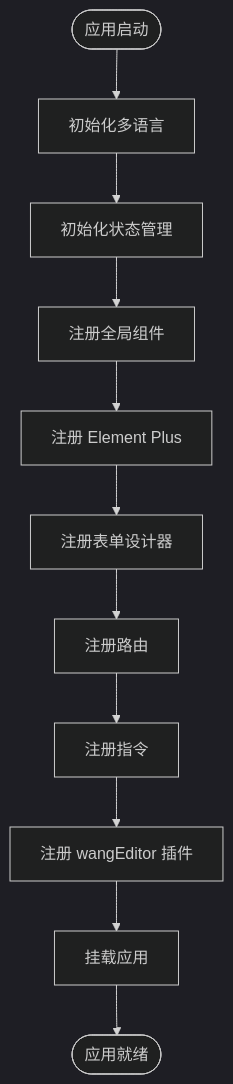
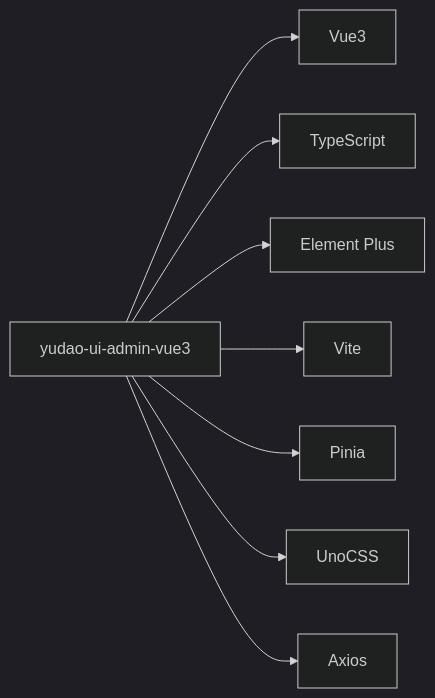
The seventh of 8 diagrams in .qoder/repowiki/zh/content/项目概述.md (xiaoche80s-tech/rouyi-vue-pro), drawn with Mermaid (dark theme) before and after one commit. The commit also changed other lines of this file and 840 other files, not shown here.

````diff
--- a/.qoder/repowiki/zh/content/项目概述.md
+++ b/.qoder/repowiki/zh/content/项目概述.md
@@ -168,13 +249,10 @@
 ```mermaid
-flowchart TD
-Start(["应用启动"]) --> InitI18n["初始化多语言"]
-InitI18n --> InitStore["初始化状态管理"]
-InitStore --> InitComponents["注册全局组件"]
-InitComponents --> InitElementPlus["注册 Element Plus"]
-InitElementPlus --> InitFormCreate["注册表单设计器"]
-InitFormCreate --> InitRouter["注册路由"]
-InitRouter --> SetupDirectives["注册指令"]
-SetupDirectives --> SetupWangEditor["注册 wangEditor 插件"]
-SetupWangEditor --> MountApp["挂载应用"]
-MountApp --> End(["应用就绪"])
+graph LR
+FE["yudao-ui-admin-vue3"] --> Vue["Vue3"]
+FE --> TS["TypeScript"]
+FE --> EP["Element Plus"]
+FE --> Vite["Vite"]
+FE --> Pinia["Pinia"]
+FE --> Uno["UnoCSS"]
+FE --> Axios["Axios"]
 ```
````
